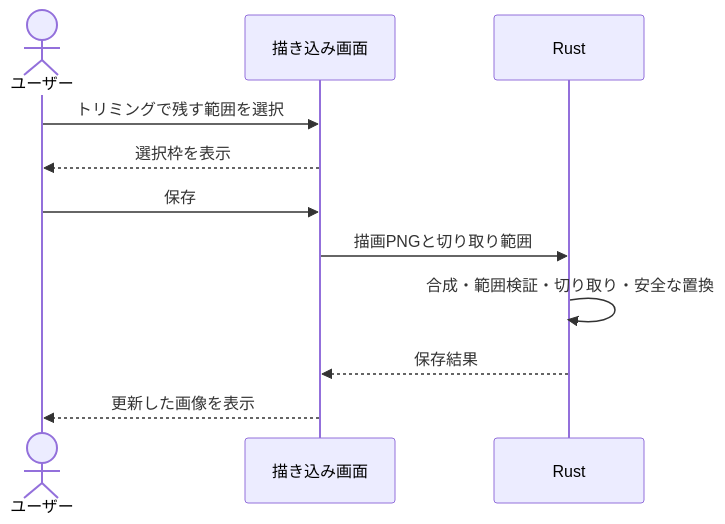
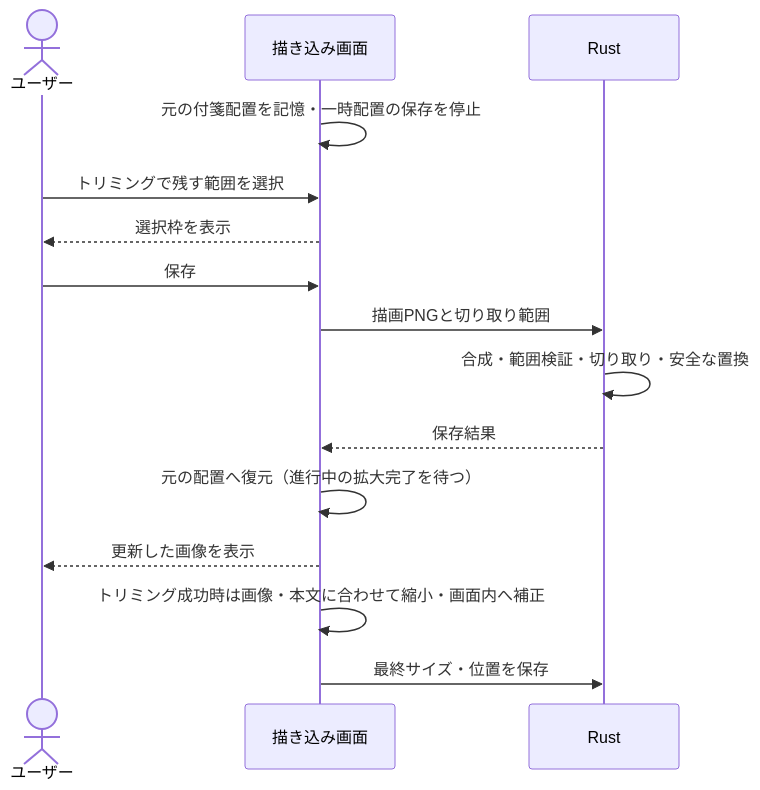
One commit to ore-no-fusen/ore-no-fusen changed the tenth of 17 diagrams in docs-v2/002_PC.md. Above: the diagram before and after it, drawn with Mermaid. The commit also changed other lines of this file and 12 other files, not shown here.

````diff
--- a/docs-v2/002_PC.md
+++ b/docs-v2/002_PC.md
@@ -797,13 +803,17 @@
 ```mermaid
 sequenceDiagram
     actor U as ユーザー
     participant P as 描き込み画面
     participant R as Rust
+    P->>P: 元の付箋配置を記憶・一時配置の保存を停止
     U->>P: トリミングで残す範囲を選択
     P-->>U: 選択枠を表示
     U->>P: 保存
     P->>R: 描画PNGと切り取り範囲
     R->>R: 合成・範囲検証・切り取り・安全な置換
     R-->>P: 保存結果
+    P->>P: 元の配置へ復元（進行中の拡大完了を待つ）
     P-->>U: 更新した画像を表示
+    P->>P: トリミング成功時は画像・本文に合わせて縮小・画面内へ補正
+    P->>R: 最終サイズ・位置を保存
 ```
````
